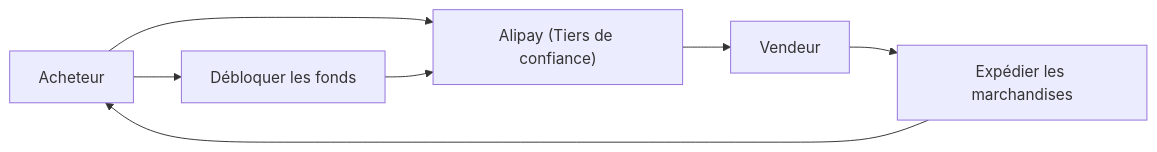
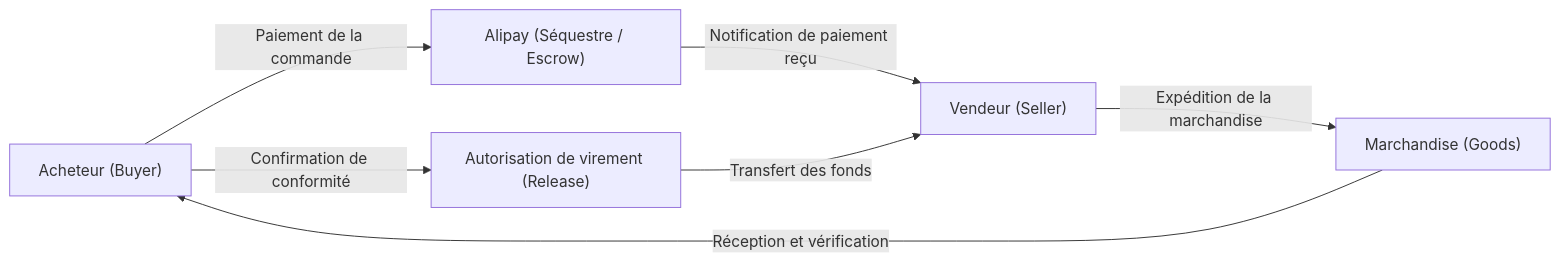
One commit to kenjinote/blog changed the diagram in content/post/history-of-alibaba/index.fr.md. Above: the diagram before and after it, drawn with Mermaid. The commit also changed other lines of this file and 219 other files, not shown here.

````diff
--- a/content/post/history-of-alibaba/index.fr.md
+++ b/content/post/history-of-alibaba/index.fr.md
@@ -24,9 +46,9 @@
 ```mermaid
 flowchart LR
-    Buyer["Acheteur"] --> Alipay["Alipay (Tiers de confiance)"]
-    Alipay --> Seller["Vendeur"]
-    Seller --> Goods["Expédier les marchandises"]
-    Goods --> Buyer
-    Buyer --> Release["Débloquer les fonds"]
-    Release --> Alipay
+    Buyer["Acheteur (Buyer)"] -->|Paiement de la commande| Alipay["Alipay (Séquestre / Escrow)"]
+    Alipay -->|Notification de paiement reçu| Seller["Vendeur (Seller)"]
+    Seller -->|Expédition de la marchandise| Goods["Marchandise (Goods)"]
+    Goods -->|Réception et vérification| Buyer
+    Buyer -->|Confirmation de conformité| Release["Autorisation de virement (Release)"]
+    Release -->|Transfert des fonds| Seller
 ```
````
